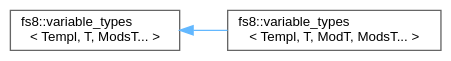
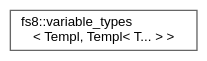
Before and after one commit to the-moisrex/foresight: the diagram in api/inherit_graph_126.dot, drawn with Graphviz. The commit also changed 223 other files, not shown here.

```diff
--- a/api/inherit_graph_126.dot
+++ b/api/inherit_graph_126.dot
@@ -1,11 +1,9 @@
 digraph "Graphical Class Hierarchy"
 {
  // LATEX_PDF_SIZE
   bgcolor="transparent";
   edge [fontname=Helvetica,fontsize=10,labelfontname=Helvetica,labelfontsize=10];
   node [fontname=Helvetica,fontsize=10,shape=box,height=0.2,width=0.4];
   rankdir="LR";
-  Node0 [id="Node000000",label="fs8::variable_types\l\< Templ, T, ModsT... \>",height=0.2,width=0.4,color="grey40", fillcolor="white", style="filled",URL="$structfs8_1_1variable__types.html",tooltip=" "];
-  Node0 -> Node1 [id="edge128_Node000000_Node000001",dir="back",color="steelblue1",style="solid",tooltip=" "];
-  Node1 [id="Node000001",label="fs8::variable_types\l\< Templ, T, ModT, ModsT... \>",height=0.2,width=0.4,color="grey40", fillcolor="white", style="filled",URL="$structfs8_1_1variable__types_3_01Templ_00_01T_00_01ModT_00_01ModsT_8_8_8_01_4.html",tooltip=" "];
+  Node0 [id="Node000000",label="fs8::variable_types\l\< Templ, Templ\< T... \> \>",height=0.2,width=0.4,color="grey40", fillcolor="white", style="filled",URL="$structfs8_1_1variable__types_3_01Templ_00_01Templ_3_01T_8_8_8_01_4_01_4.html",tooltip=" "];
 }
```
